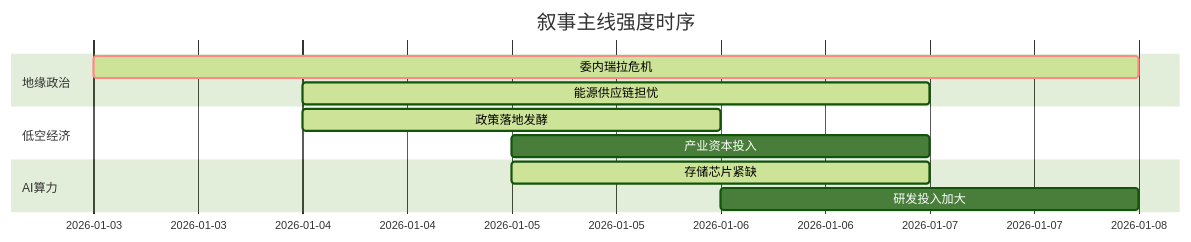
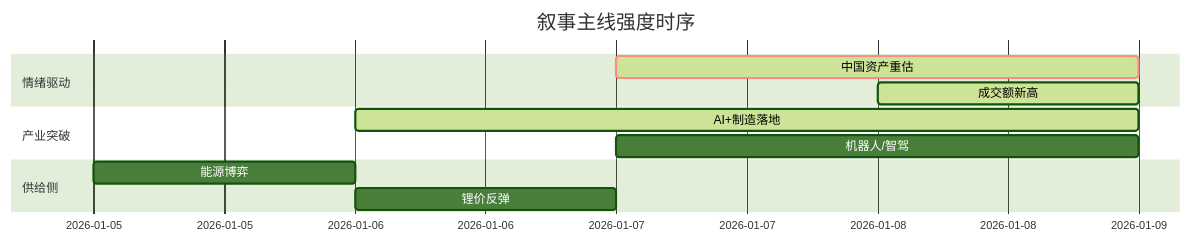
Before and after one commit to uu5zn/uu5zn.github.io: the diagram in 5day_report.md, drawn with Mermaid (forest theme). The commit also changed other lines of this file and 20 other files, not shown here.

````diff
--- a/5day_report.md
+++ b/5day_report.md
@@ -53,16 +53,16 @@
 ```mermaid
 gantt
     title 叙事主线强度时序
     dateFormat  YYYY-MM-DD
-    section 地缘政治
-    委内瑞拉危机   :crit, active, 2026-01-03, 5d
-    能源供应链担忧 :active, 2026-01-04, 3d
+    section 情绪驱动
+    中国资产重估   :crit, active, 2026-01-07, 2d
+    成交额新高     :active, 2026-01-08, 1d
     
-    section 低空经济
-    政策落地发酵   :active, 2026-01-04, 2d
-    产业资本投入   :2026-01-05, 2d
+    section 产业突破
+    AI+制造落地   :active, 2026-01-06, 3d
+    机器人/智驾   :2026-01-07, 2d
     
-    section AI算力
-    存储芯片紧缺   :active, 2026-01-05, 2d
-    研发投入加大   :2026-01-06, 2d
+    section 供给侧
+    能源博弈       :2026-01-05, 1d
+    锂价反弹       :2026-01-06, 1d
 ```
````
